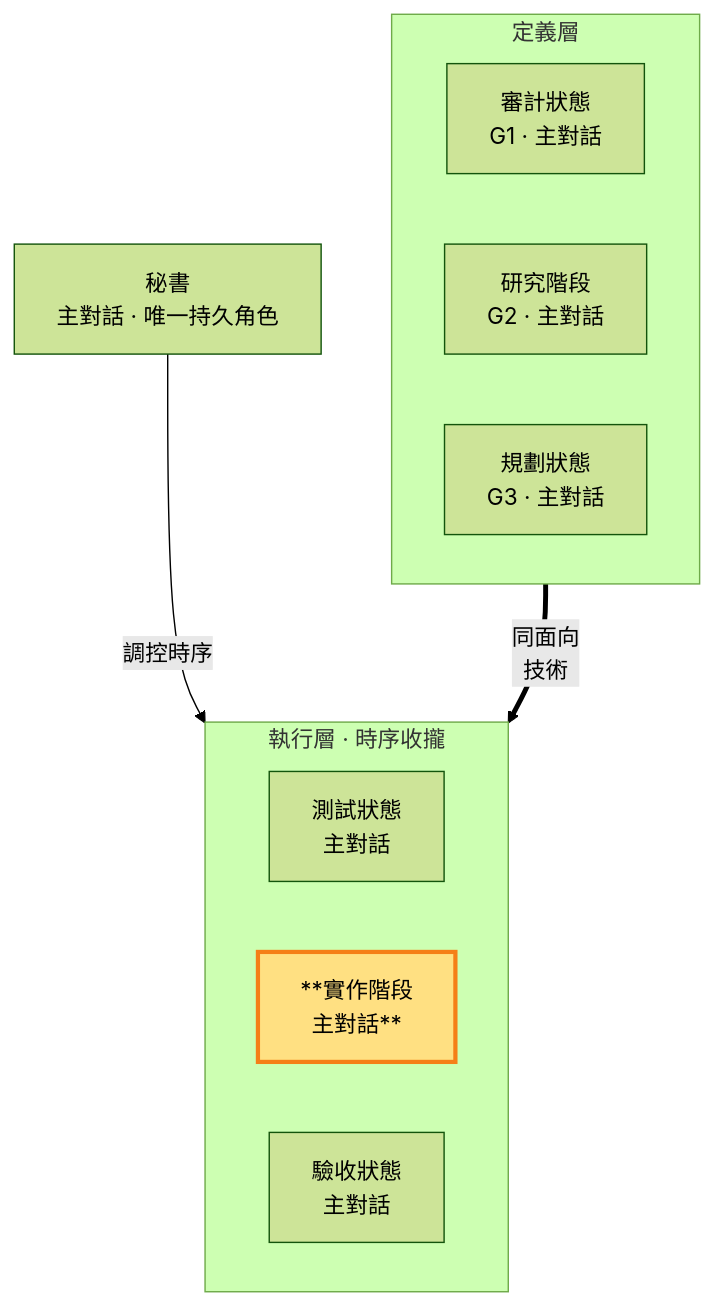
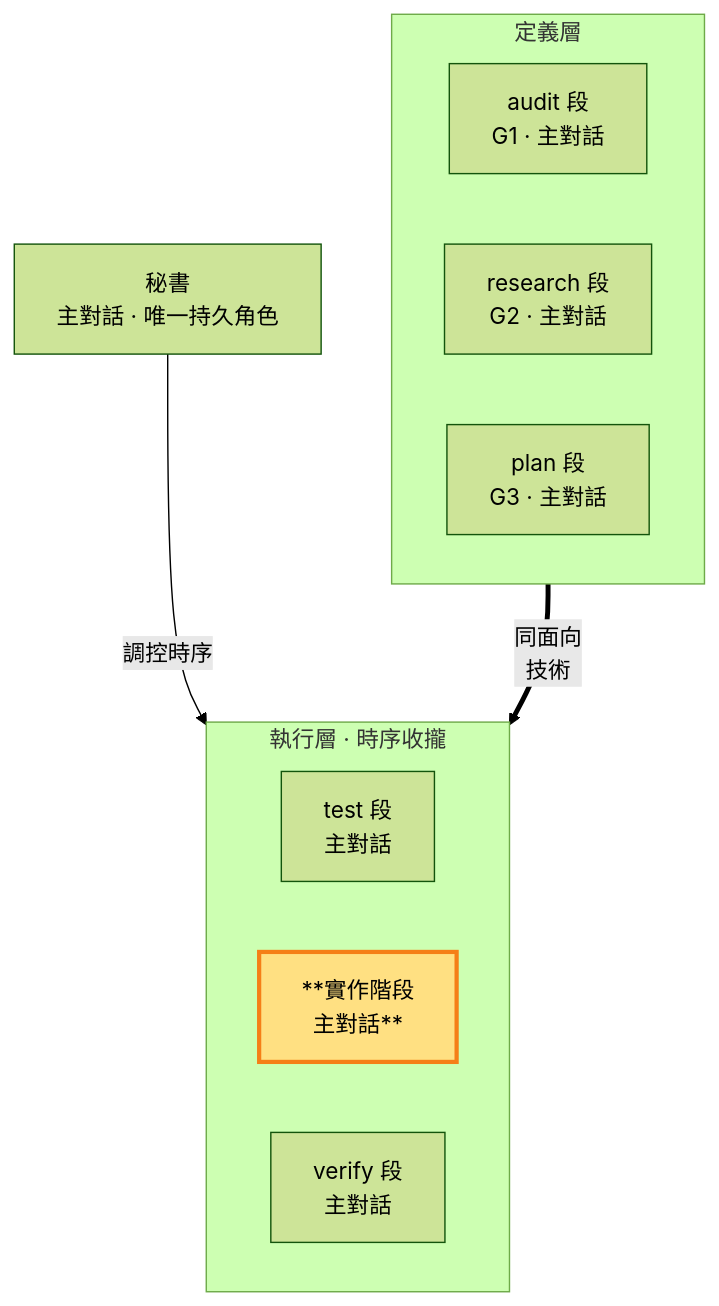
Before and after one commit to teps3105/shiftblame: the diagram in skills/shiftblame/references/BUILD.md, drawn with Mermaid (forest theme). The commit also changed other lines of this file and 26 other files, not shown here.

````diff
--- a/skills/shiftblame/references/BUILD.md
+++ b/skills/shiftblame/references/BUILD.md
@@ -16,19 +16,19 @@
 ```mermaid
 flowchart TB
     SEC[秘書<br/>主對話 · 唯一持久角色]
     subgraph Consult["定義層"]
         direction LR
-        AUD["審計狀態<br/>G1 · 主對話"]
-        RES["研究階段<br/>G2 · 主對話"]
-        PLA["規劃狀態<br/>G3 · 主對話"]
+        AUD["audit 段<br/>G1 · 主對話"]
+        RES["research 段<br/>G2 · 主對話"]
+        PLA["plan 段<br/>G3 · 主對話"]
     end
     subgraph Build["執行層 · 時序收攏"]
         direction LR
-        TST["測試狀態<br/>主對話"]
+        TST["test 段<br/>主對話"]
         DEV["**實作階段<br/>主對話**"]:::thisrole
-        ACC["驗收狀態<br/>主對話"]
+        ACC["verify 段<br/>主對話"]
     end
     SEC -- 調控時序 --> DEV
     RES == "同面向<br/>技術" ==> DEV
     classDef thisrole fill:#ffe082,stroke:#f57f17,stroke-width:3px;
 ```
````
